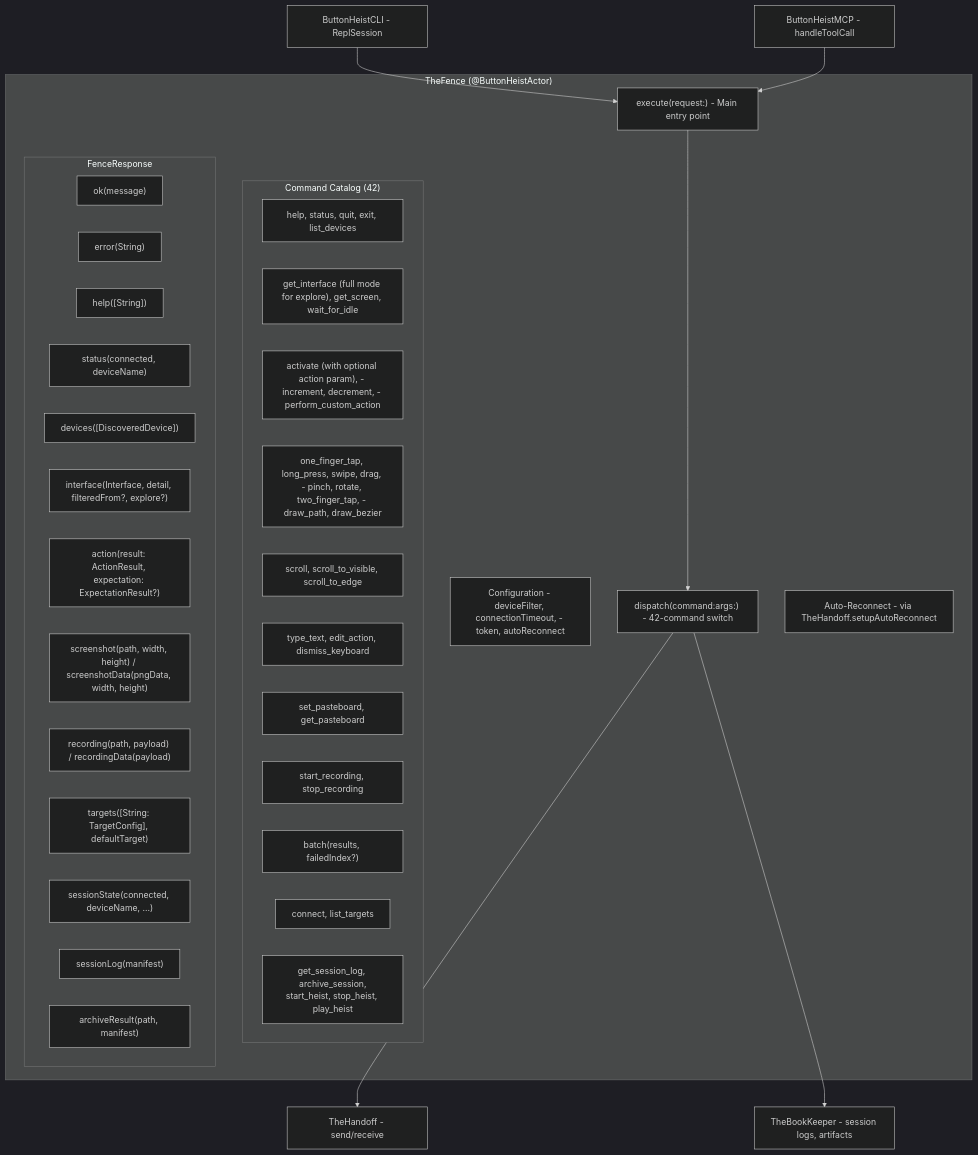
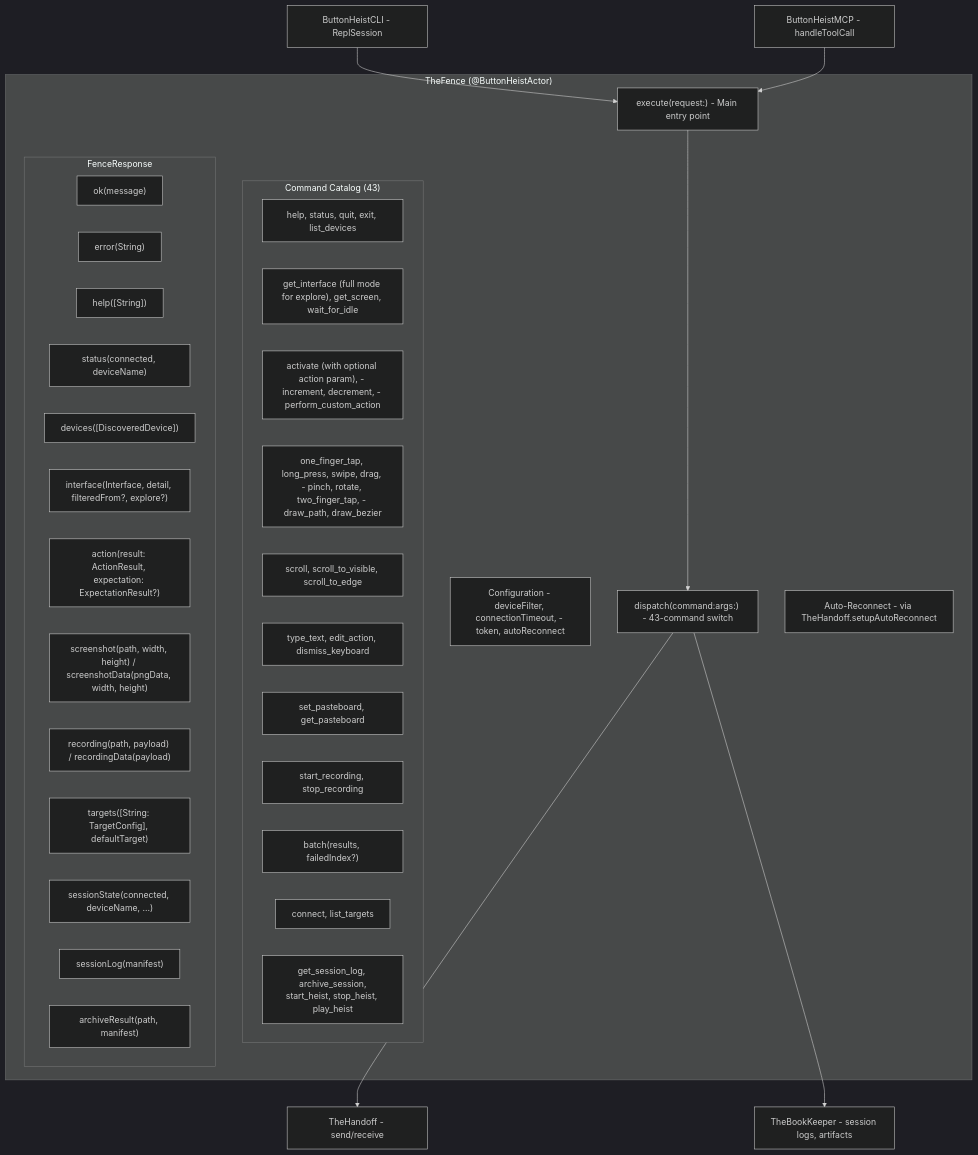
One commit to RoyalPineapple/TheButtonHeist changed the first of 3 diagrams in docs/dossiers/03-THEFENCE.md. Above: the diagram before and after it, drawn with Mermaid (dark theme). The commit also changed other lines of this file and 49 other files, not shown here.

````diff
--- a/docs/dossiers/03-THEFENCE.md
+++ b/docs/dossiers/03-THEFENCE.md
@@ -29,46 +29,46 @@
 ```mermaid
 graph TD
     subgraph TheFence["TheFence (@ButtonHeistActor)"]
         Config["Configuration - deviceFilter, connectionTimeout, - token, autoReconnect"]
         Execute["execute(request:) - Main entry point"]
-        Dispatch["dispatch(command:args:) - 42-command switch"]
+        Dispatch["dispatch(command:args:) - 43-command switch"]
         Reconnect["Auto-Reconnect - via TheHandoff.setupAutoReconnect"]
 
-        subgraph Commands["Command Catalog (42)"]
+        subgraph Commands["Command Catalog (43)"]
             Conn["help, status, quit, exit, list_devices"]
             IF["get_interface (full mode for explore), get_screen, wait_for_idle"]
             Access["activate (with optional action param), - increment, decrement, - perform_custom_action"]
             Gesture["one_finger_tap, long_press, swipe, drag, - pinch, rotate, two_finger_tap, - draw_path, draw_bezier"]
             Scroll["scroll, scroll_to_visible, scroll_to_edge"]
             Text["type_text, edit_action, dismiss_keyboard"]
             Pasteboard["set_pasteboard, get_pasteboard"]
             Rec["start_recording, stop_recording"]
             Batch["run_batch, get_session_state, wait_for"]
             Target["connect, list_targets"]
             BookKeeper["get_session_log, archive_session,\nstart_heist, stop_heist, play_heist"]
         end
 
         subgraph Response["FenceResponse"]
             Ok["ok(message)"]
             Err["error(String)"]
             Help["help([String])"]
             Status["status(connected, deviceName)"]
             DevList["devices([DiscoveredDevice])"]
             IFResp["interface(Interface, detail, filteredFrom?, explore?)"]
             Action["action(result: ActionResult, expectation: ExpectationResult?)"]
             Screenshot["screenshot(path, width, height) / screenshotData(pngData, width, height)"]
             Recording["recording(path, payload) / recordingData(payload)"]
             Targets["targets([String: TargetConfig], defaultTarget)"]
             Batch["batch(results, failedIndex?)"]
             SessionState["sessionState(connected, deviceName, ...)"]
             SessionLog["sessionLog(manifest)"]
             ArchiveResult["archiveResult(path, manifest)"]
         end
     end
 
     CLI["ButtonHeistCLI - ReplSession"] --> Execute
     MCP["ButtonHeistMCP - handleToolCall"] --> Execute
     Execute --> Dispatch
     Dispatch --> Client["TheHandoff - send/receive"]
     Dispatch --> BookKeeperObj["TheBookKeeper - session logs, artifacts"]
 ```
````
